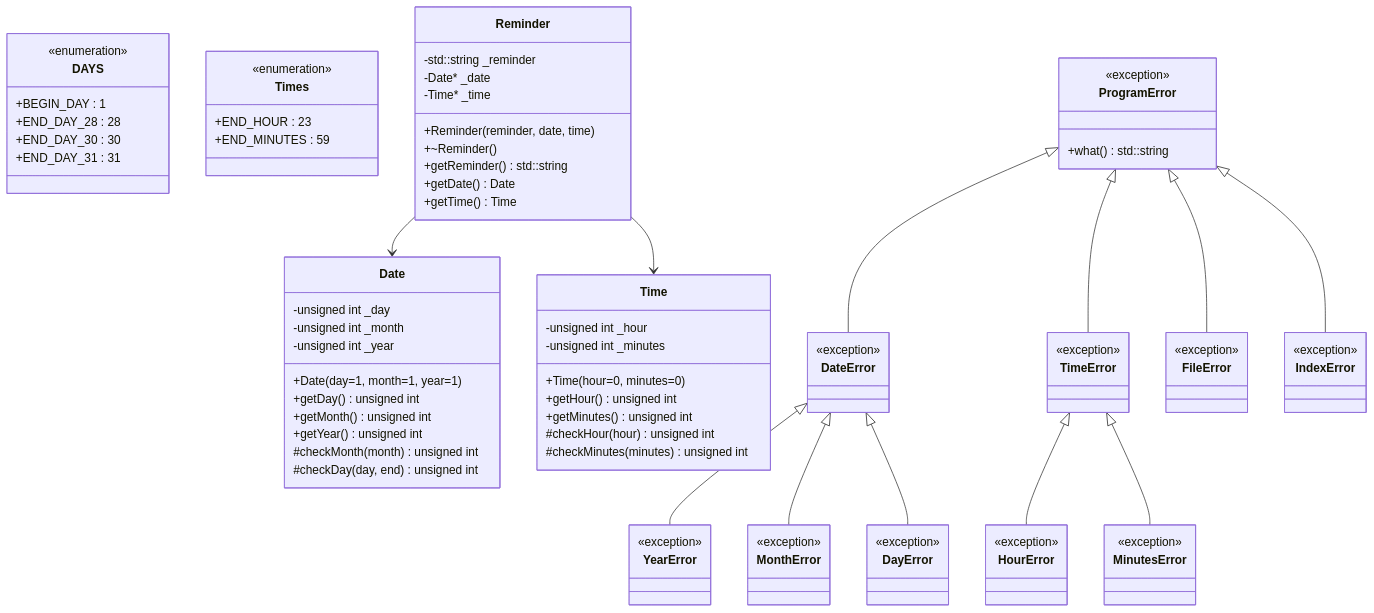
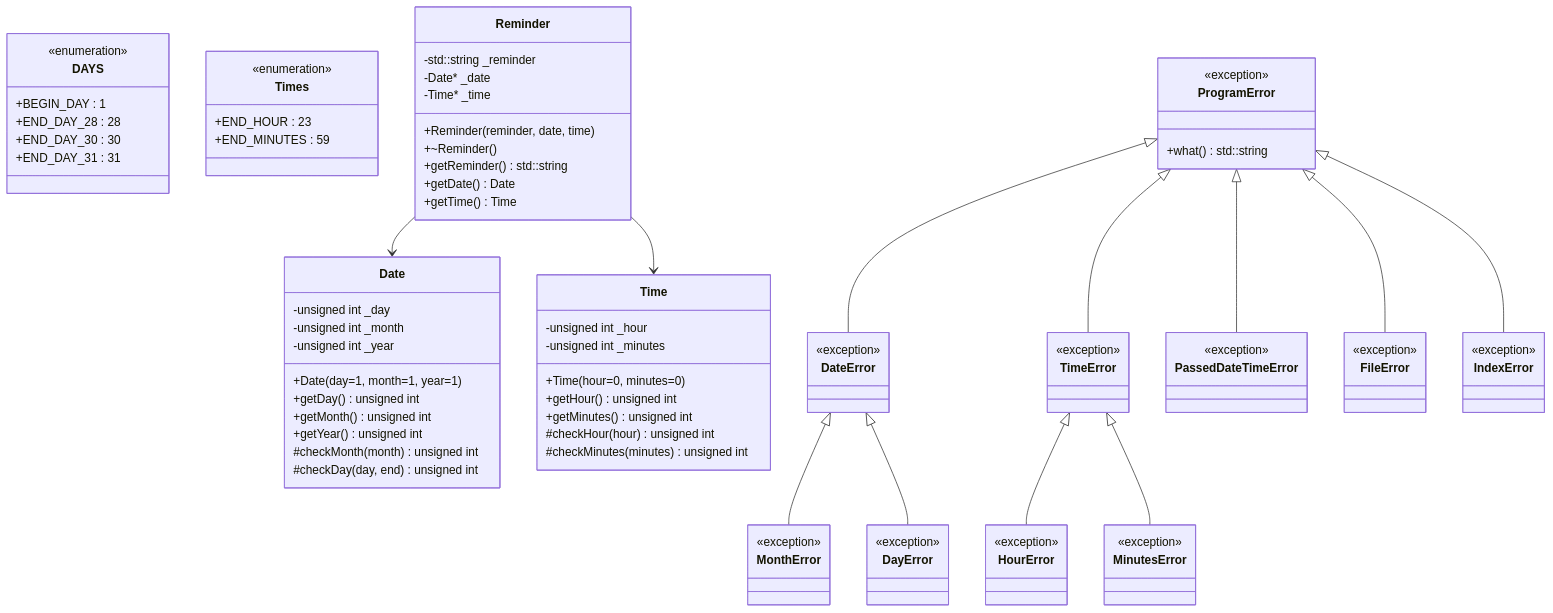
Before and after one commit to PerevoznikovLeonid/ReminderApp: the diagram in README.md, drawn with Mermaid. The commit also changed other lines of this file, not shown here.

```diff
--- a/README.md
+++ b/README.md
@@ -77,7 +77,7 @@
         <<exception>>
     }
 
-    class YearError {
+    class PassedDateTimeError {
         <<exception>>
     }
 
@@ -109,7 +109,8 @@
     ProgramError <|-- DateError
     ProgramError <|-- TimeError
 
-    DateError <|-- YearError
+    ProgramError <|-- PassedDateTimeError
+
     DateError <|-- MonthError
     DateError <|-- DayError
 
```
